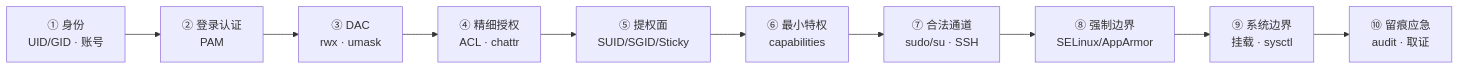
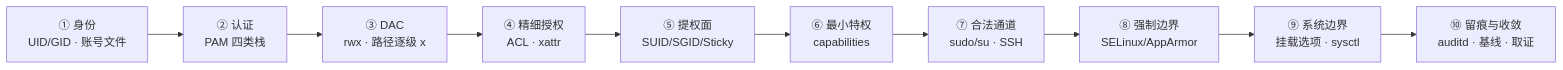
One commit to realtyz/ops-manual changed the diagram in Linux/07_权限与安全加固/00_导读与知识地图.md. Above: the diagram before and after it, drawn with Mermaid. The commit also changed other lines of this file and 26 other files, not shown here.

````diff
--- a/Linux/07_权限与安全加固/00_导读与知识地图.md
+++ b/Linux/07_权限与安全加固/00_导读与知识地图.md
@@ -65,12 +19,12 @@
 ```mermaid
 flowchart LR
-  A["① 身份<br/>UID/GID · 账号"] --> B["② 登录认证<br/>PAM"]
-  B --> C["③ DAC<br/>rwx · umask"]
-  C --> D["④ 精细授权<br/>ACL · chattr"]
+  A["① 身份<br/>UID/GID · 账号文件"] --> B["② 认证<br/>PAM 四类栈"]
+  B --> C["③ DAC<br/>rwx · 路径逐级 x"]
+  C --> D["④ 精细授权<br/>ACL · xattr"]
   D --> E["⑤ 提权面<br/>SUID/SGID/Sticky"]
   E --> F["⑥ 最小特权<br/>capabilities"]
   F --> G["⑦ 合法通道<br/>sudo/su · SSH"]
   G --> H["⑧ 强制边界<br/>SELinux/AppArmor"]
-  H --> I["⑨ 系统边界<br/>挂载 · sysctl"]
-  I --> J["⑩ 留痕应急<br/>audit · 取证"]
+  H --> I["⑨ 系统边界<br/>挂载选项 · sysctl"]
+  I --> J["⑩ 留痕与收敛<br/>auditd · 基线 · 取证"]
 ```
````
